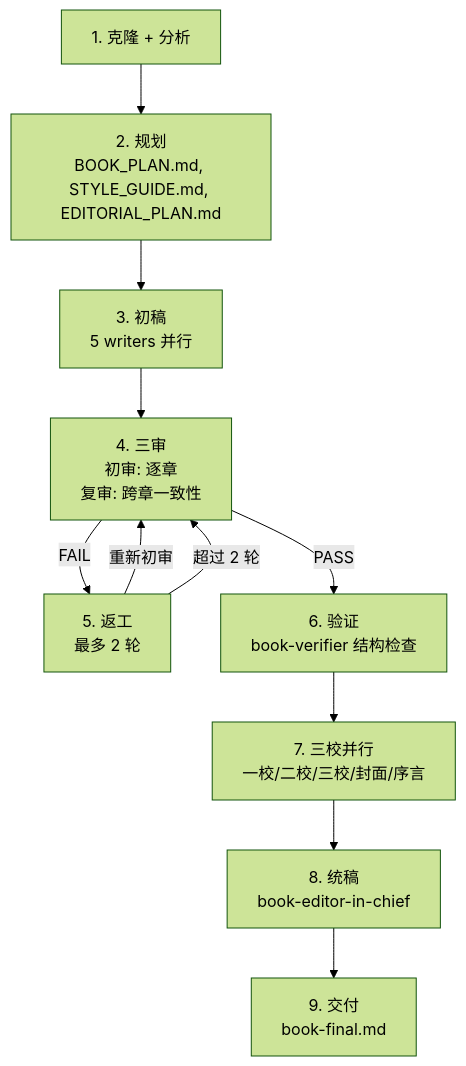
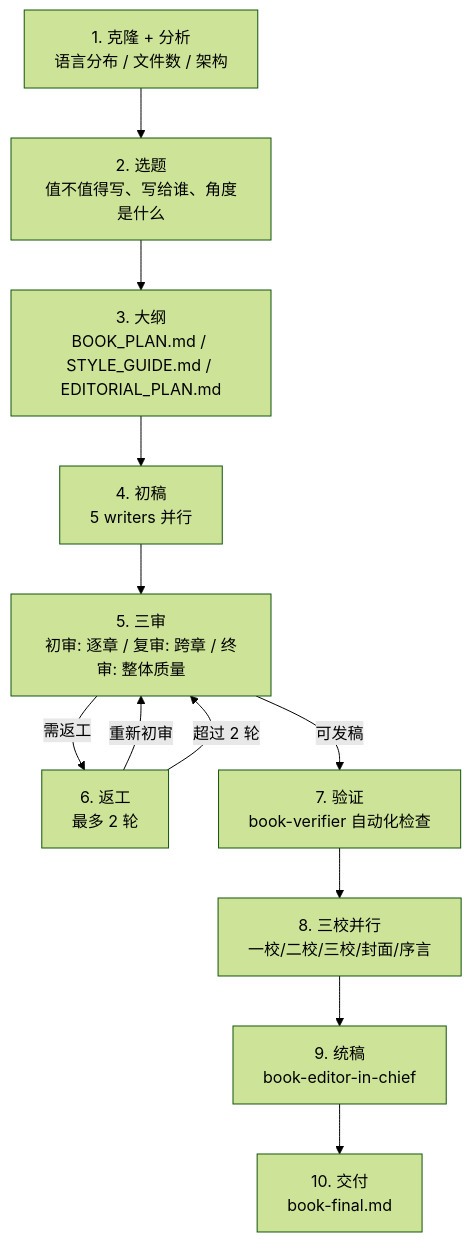
Before and after one commit to AngusFu/tech-insider: the diagram in README.md, drawn with Mermaid (forest theme). The commit also changed other lines of this file and 2 other files, not shown here.

Commit message:
Add 选题 (topic selection) phase + 终审 (final review) to pipeline
Split Phase 2 (规划) into:
- Phase 2: 选题 — 先判断值不值得写、写给谁、怎么写，输出 TOPIC.md
- Phase 3: 大纲 — 基于选题生成 BOOK_PLAN.md + STYLE_GUIDE.md + EDITORIAL_PLAN.md

Add 终审 (Phase 5c) to three-review process:
- 初审: 逐章结构检查 (book-chapter-reviewer)
- 复审: 跨章一致性 (book-consistency-reviewer)
- 终审: 整体质量评估，决定是否可发稿

Update README with 10-phase pipeline flowchart.
Simplify book-planner agent: focus on outline generation from TOPIC.md,
not cloning/analysis (handled by pipeline Phase 1).

````diff
--- a/README.md
+++ b/README.md
@@ -89,19 +89,20 @@
 ```mermaid
 flowchart TD
-    S1["1. 克隆 + 分析"]
-    S2["2. 规划<br/>BOOK_PLAN.md, STYLE_GUIDE.md, EDITORIAL_PLAN.md"]
-    S3["3. 初稿<br/>5 writers 并行"]
-    S4["4. 三审<br/>初审: 逐章<br/>复审: 跨章一致性"]
-    S5["5. 返工<br/>最多 2 轮"]
-    S6["6. 验证<br/>book-verifier 结构检查"]
-    S7["7. 三校并行<br/>一校/二校/三校/封面/序言"]
-    S8["8. 统稿<br/>book-editor-in-chief"]
-    S9["9. 交付<br/>book-final.md"]
+    S1["1. 克隆 + 分析<br/>语言分布 / 文件数 / 架构"]
+    S2["2. 选题<br/>值不值得写、写给谁、角度是什么"]
+    S3["3. 大纲<br/>BOOK_PLAN.md / STYLE_GUIDE.md / EDITORIAL_PLAN.md"]
+    S4["4. 初稿<br/>5 writers 并行"]
+    S5["5. 三审<br/>初审: 逐章 / 复审: 跨章 / 终审: 整体质量"]
+    S6["6. 返工<br/>最多 2 轮"]
+    S7["7. 验证<br/>book-verifier 自动化检查"]
+    S8["8. 三校并行<br/>一校/二校/三校/封面/序言"]
+    S9["9. 统稿<br/>book-editor-in-chief"]
+    S10["10. 交付<br/>book-final.md"]
 
-    S1 --> S2 --> S3 --> S4
-    S4 -->|FAIL| S5
-    S4 -->|PASS| S6
-    S5 -->|重新初审| S4
-    S5 -->|超过 2 轮| S4
-    S6 --> S7 --> S8 --> S9
+    S1 --> S2 --> S3 --> S4 --> S5
+    S5 -->|需返工| S6
+    S5 -->|可发稿| S7
+    S6 -->|重新初审| S5
+    S6 -->|超过 2 轮| S5
+    S7 --> S8 --> S9 --> S10
 ```
````
